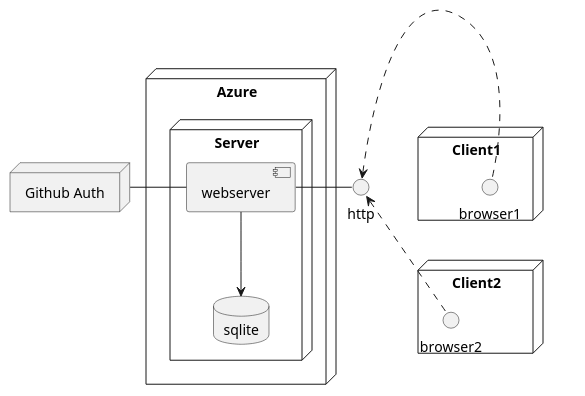
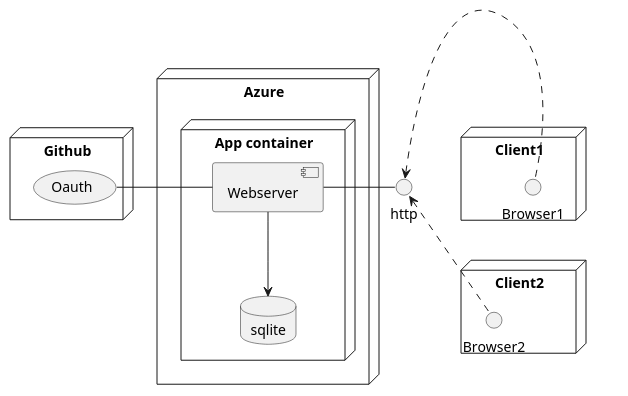
One commit to ITU-BDSA2024-GROUP17/Chirp changed the diagram in docs/diagrams/deployed-architecture.pu. Above: the diagram before and after it, drawn with PlantUML. The commit also changed 1 other file, not shown here.

Commit message:
Updated diagram

```diff
--- a/docs/diagrams/deployed-architecture.pu
+++ b/docs/diagrams/deployed-architecture.pu
@@ -1,28 +1,31 @@
 @startuml
 skinparam package<<Layout>> {
   borderColor Transparent
   backgroundColor Transparent
   fontColor Transparent
   stereotypeFontColor Transparent
 }
-node "Github Auth"
+node "Github" {
+    (Oauth)
+}
 node "Azure" {
-    node "Server" {
+    node "App container" {
         database sqlite
-        "Github Auth" - [webserver]
-        webserver --> sqlite
+        Oauth - [Webserver]
+        Webserver --> sqlite
     }
 }
 package layout1 <<layout>> {
     node "Client1" {
-        () browser1
+        () Browser1
     }
     node "Client2" {
-        () browser2
+        () Browser2
     }
 }
 Client1 -[Hidden]-> Client2
-http <. browser1
-http <. browser2
-webserver - http
+() http
+http <. Browser1
+http <. Browser2
+Webserver - http
 @enduml
```
